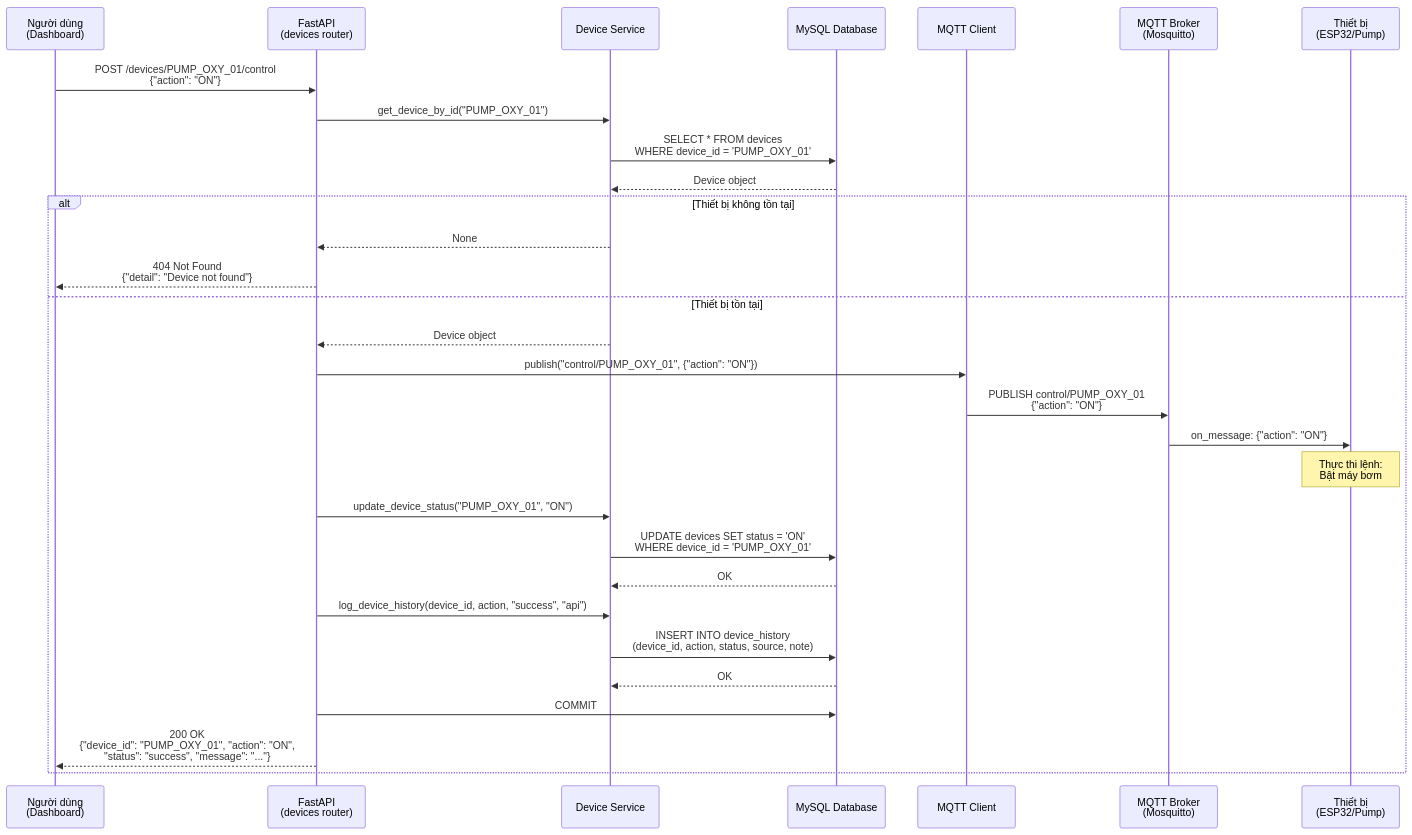
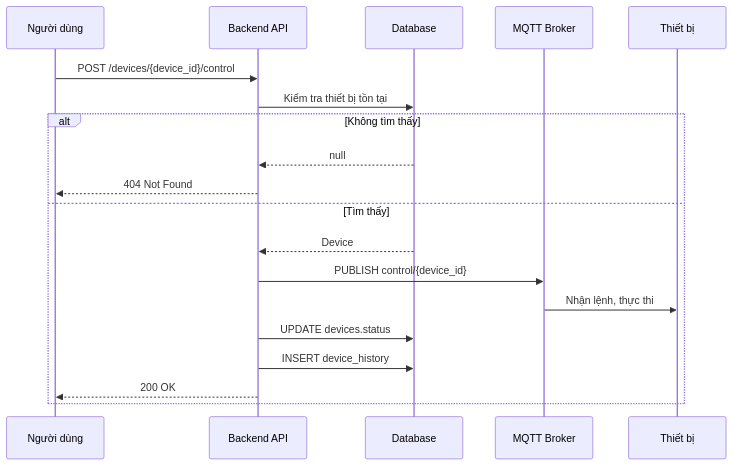
Before and after one commit to sson6926/BTL-HeTHongNhung: the second of 7 diagrams in docs/sequence-diagrams.md, drawn with Mermaid. The commit also changed other lines of this file and 9 other files, not shown here.

````diff
--- a/docs/sequence-diagrams.md
+++ b/docs/sequence-diagrams.md
@@ -73,39 +48,23 @@
 ```mermaid
 sequenceDiagram
-    participant User as Người dùng<br/>(Dashboard)
-    participant API as FastAPI<br/>(devices router)
-    participant DEV as Device Service
-    participant DB as MySQL Database
-    participant MQTT as MQTT Client
-    participant Broker as MQTT Broker<br/>(Mosquitto)
-    participant ESP32 as Thiết bị<br/>(ESP32/Pump)
+    participant User as Người dùng
+    participant API as Backend API
+    participant DB as Database
+    participant Broker as MQTT Broker
+    participant Device as Thiết bị
 
-    User->>API: POST /devices/PUMP_OXY_01/control<br/>{"action": "ON"}
+    User->>API: POST /devices/{device_id}/control
+    API->>DB: Kiểm tra thiết bị tồn tại
 
-    API->>DEV: get_device_by_id("PUMP_OXY_01")
-    DEV->>DB: SELECT * FROM devices<br/>WHERE device_id = 'PUMP_OXY_01'
-    DB-->>DEV: Device object
-
-    alt Thiết bị không tồn tại
-        DEV-->>API: None
-        API-->>User: 404 Not Found<br/>{"detail": "Device not found"}
-    else Thiết bị tồn tại
-        DEV-->>API: Device object
-
-        API->>MQTT: publish("control/PUMP_OXY_01", {"action": "ON"})
-        MQTT->>Broker: PUBLISH control/PUMP_OXY_01<br/>{"action": "ON"}
-        Broker->>ESP32: on_message: {"action": "ON"}
-        Note over ESP32: Thực thi lệnh:<br/>Bật máy bơm
-
-        API->>DEV: update_device_status("PUMP_OXY_01", "ON")
-        DEV->>DB: UPDATE devices SET status = 'ON'<br/>WHERE device_id = 'PUMP_OXY_01'
-        DB-->>DEV: OK
-
-        API->>DEV: log_device_history(device_id, action, "success", "api")
-        DEV->>DB: INSERT INTO device_history<br/>(device_id, action, status, source, note)
-        DB-->>DEV: OK
-
-        API->>DB: COMMIT
-        API-->>User: 200 OK<br/>{"device_id": "PUMP_OXY_01", "action": "ON",<br/>"status": "success", "message": "..."}
+    alt Không tìm thấy
+        DB-->>API: null
+        API-->>User: 404 Not Found
+    else Tìm thấy
+        DB-->>API: Device
+        API->>Broker: PUBLISH control/{device_id}
+        Broker->>Device: Nhận lệnh, thực thi
+        API->>DB: UPDATE devices.status
+        API->>DB: INSERT device_history
+        API-->>User: 200 OK
     end
 ```
````
